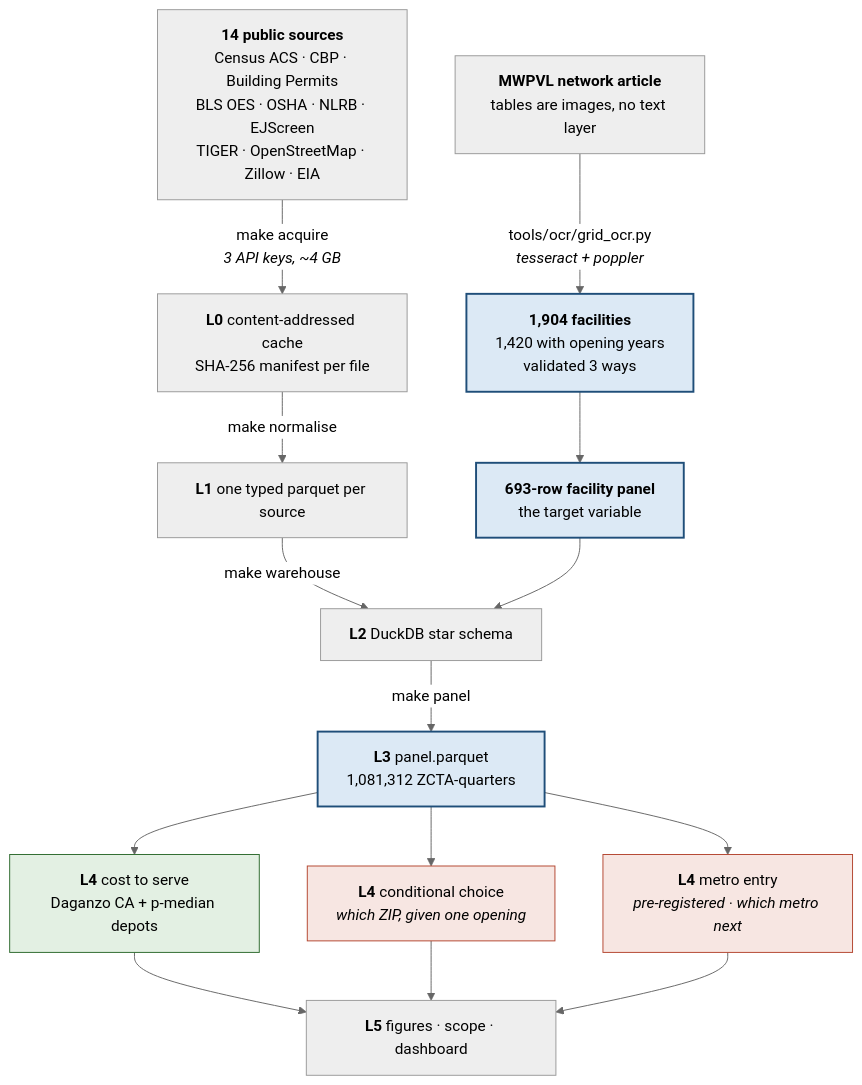
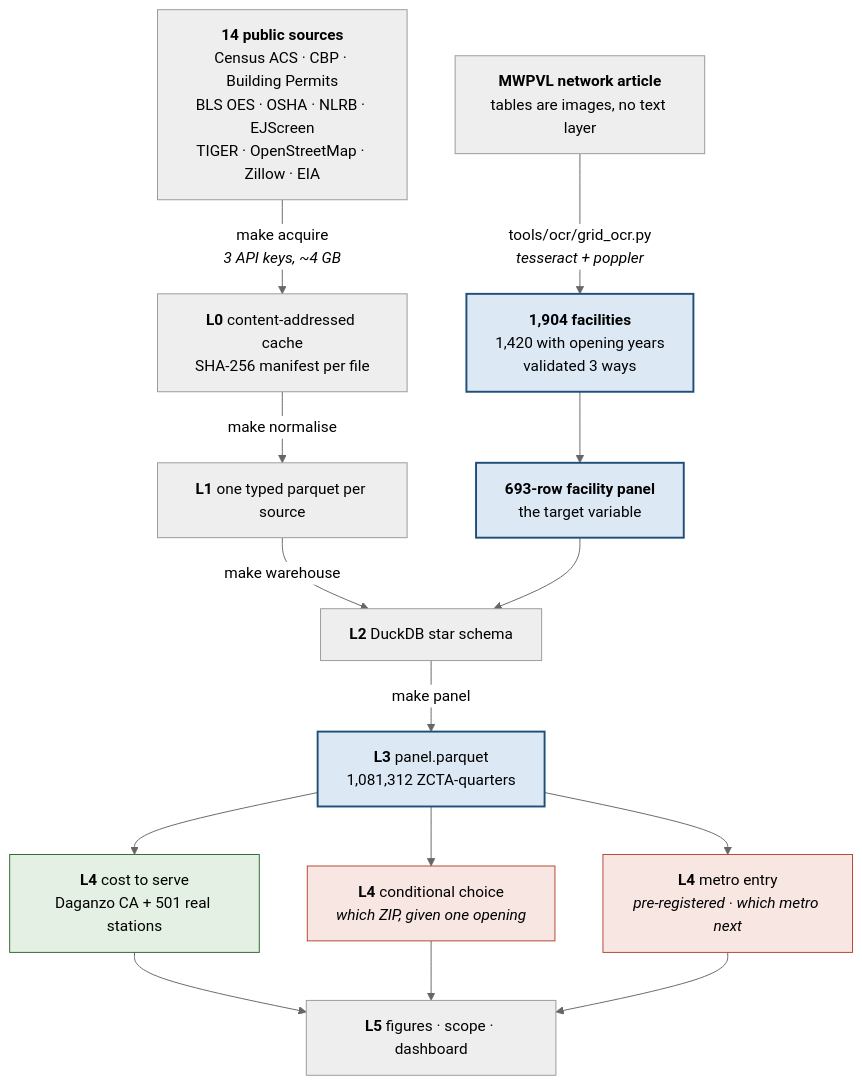
One commit to Dogiparthi-Sharada/siting-atlas changed the diagram in README.md. Above: the diagram before and after it, drawn with Mermaid (neutral theme). The commit also changed other lines of this file and 35 other files, not shown here.

````diff
--- a/README.md
+++ b/README.md
@@ -213,29 +239,29 @@
 ```mermaid
 flowchart TD
     SRC["<b>14 public sources</b><br/>Census ACS · CBP · Building Permits<br/>BLS OES · OSHA · NLRB · EJScreen<br/>TIGER · OpenStreetMap · Zillow · EIA"]
     PDF["<b>MWPVL network article</b><br/>tables are images, no text layer"]
 
     SRC -->|"make acquire<br/><i>3 API keys, ~4 GB</i>"| L0["<b>L0</b> content-addressed cache<br/>SHA-256 manifest per file"]
     PDF -->|"tools/ocr/grid_ocr.py<br/><i>tesseract + poppler</i>"| OCR["<b>1,904 facilities</b><br/>1,420 with opening years<br/>validated 3 ways"]
 
     L0 -->|make normalise| L1["<b>L1</b> one typed parquet per source"]
     L1 -->|make warehouse| L2["<b>L2</b> DuckDB star schema"]
     OCR --> PANEL["<b>693-row facility panel</b><br/>the target variable"]
     PANEL --> L2
     L2 -->|make panel| L3["<b>L3</b> panel.parquet<br/>1,081,312 ZCTA-quarters"]
 
-    L3 --> COST["<b>L4</b> cost to serve<br/>Daganzo CA + p-median depots"]
+    L3 --> COST["<b>L4</b> cost to serve<br/>Daganzo CA + 501 real stations"]
     L3 --> CHOICE["<b>L4</b> conditional choice<br/><i>which ZIP, given one opening</i>"]
     L3 --> METRO["<b>L4</b> metro entry<br/><i>pre-registered · which metro next</i>"]
 
     COST --> OUT["<b>L5</b> figures · scope · dashboard"]
     CHOICE --> OUT
     METRO --> OUT
 
     classDef ships fill:#dce9f5,stroke:#1f4e79,stroke-width:2px
     classDef works fill:#e3f0e3,stroke:#2d6a2d
     classDef null fill:#f7e6e2,stroke:#b3452f
     class L3,OCR,PANEL ships
     class COST works
     class CHOICE,METRO null
 ```
````
